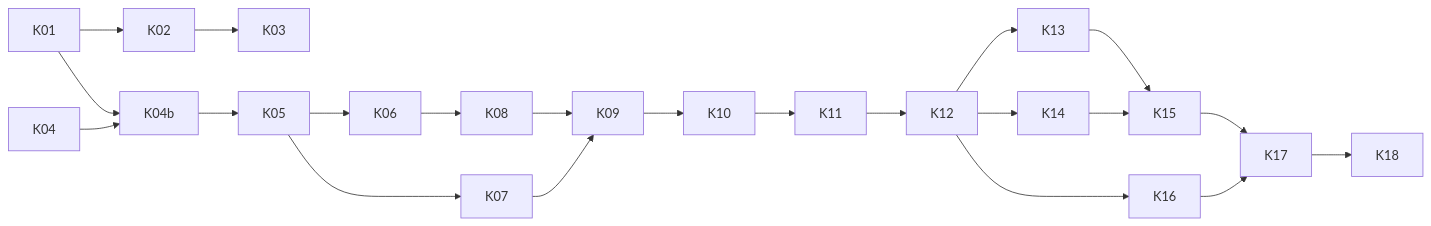
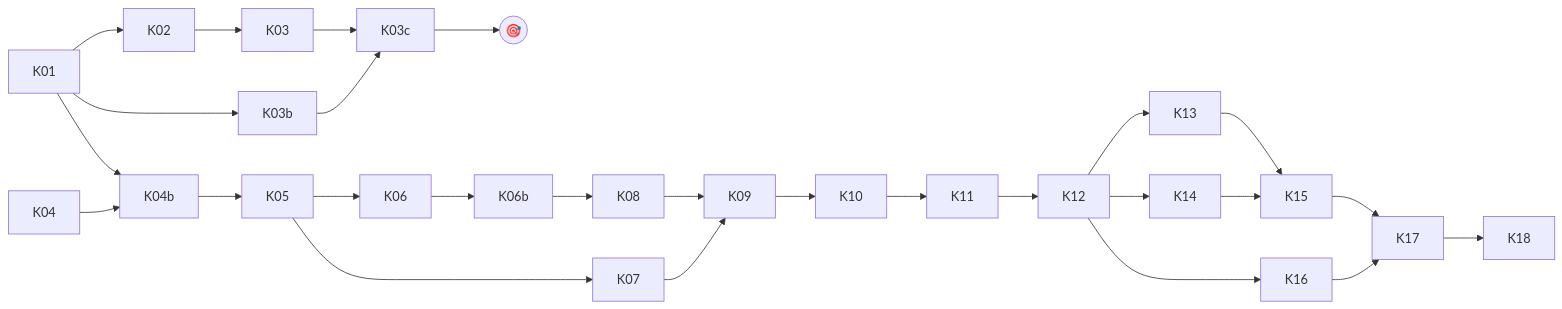
The diagram in PIPELINE_PROMPTS.md (qbolliet/trade-analysis), drawn with Mermaid before and after one commit. The commit also changed other lines of this file and 1 other file, not shown here.

Commit message:
docs: update architecture + prompts

````diff
--- a/PIPELINE_PROMPTS.md
+++ b/PIPELINE_PROMPTS.md
@@ -51,13 +64,14 @@
 ```mermaid
 flowchart LR
-  K01 --> K02 --> K03
+  K01 --> K02 --> K03 --> K03c
+  K01 --> K03b --> K03c --> J((🎯))
   K04 --> K04b
   K01 --> K04b --> K05
-  K05 --> K06 --> K08
+  K05 --> K06 --> K06b --> K08
   K05 --> K07 --> K09
   K08 --> K09 --> K10 --> K11 --> K12
   K12 --> K13 --> K15
   K12 --> K14 --> K15
   K12 --> K16 --> K17
   K15 --> K17 --> K18
 ```
````
